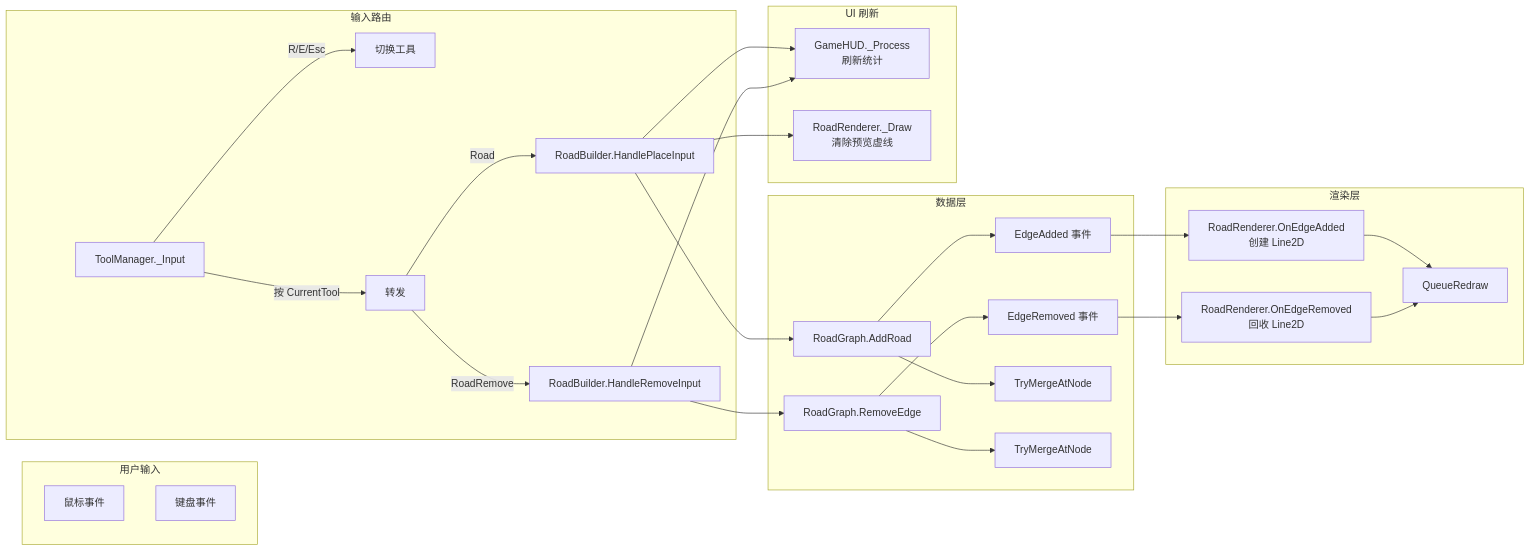
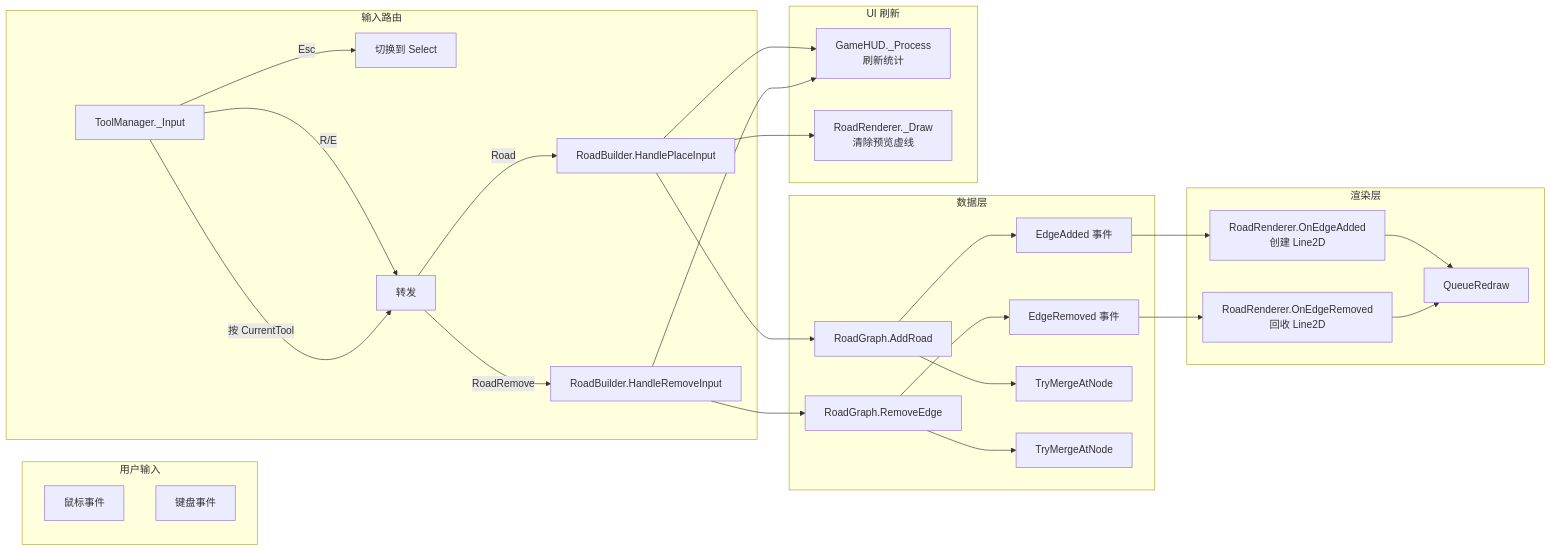
The ninth of 9 diagrams in docs/reference/game-logic.md (xianfishyu/SimpleCities), drawn with Mermaid before and after one commit. The commit also changed other lines of this file and 42 other files, not shown here.

````diff
--- a/docs/reference/game-logic.md
+++ b/docs/reference/game-logic.md
@@ -290,37 +292,38 @@
 ```mermaid
 flowchart LR
     subgraph Input["用户输入"]
         Mouse[鼠标事件]
         Key[键盘事件]
     end
 
     subgraph Routing["输入路由"]
         TM[ToolManager._Input]
-        TM -->|R/E/Esc| TM_Self[切换工具]
+        TM -->|Esc| TM_Self[切换到 Select]
+        TM -->|R/E| Forward
         TM -->|按 CurrentTool| Forward[转发]
         Forward -->|Road| Place[RoadBuilder.HandlePlaceInput]
         Forward -->|RoadRemove| Remove[RoadBuilder.HandleRemoveInput]
     end
 
     subgraph Data["数据层"]
         Place --> Add["RoadGraph.AddRoad"]
         Remove --> Del["RoadGraph.RemoveEdge"]
         Add --> Event1["EdgeAdded 事件"]
         Del --> Event2["EdgeRemoved 事件"]
         Add --> Merge["TryMergeAtNode"]
         Del --> Merge2["TryMergeAtNode"]
     end
 
     subgraph Render["渲染层"]
         Event1 --> RR_Add["RoadRenderer.OnEdgeAdded<br/>创建 Line2D"]
         Event2 --> RR_Del["RoadRenderer.OnEdgeRemoved<br/>回收 Line2D"]
         RR_Add --> Draw["QueueRedraw"]
         RR_Del --> Draw
     end
 
     subgraph UI["UI 刷新"]
         Place --> HUD["GameHUD._Process<br/>刷新统计"]
         Remove --> HUD
         Place --> Preview["RoadRenderer._Draw<br/>清除预览虚线"]
     end
 ```
````
